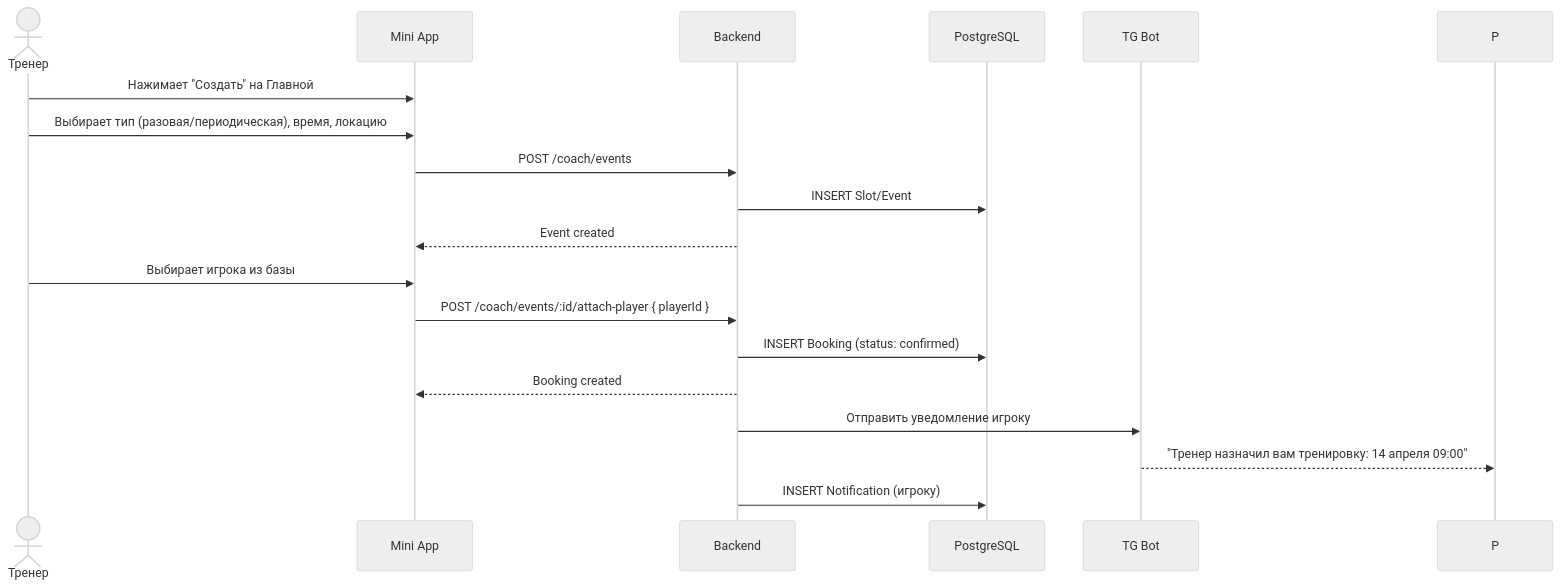
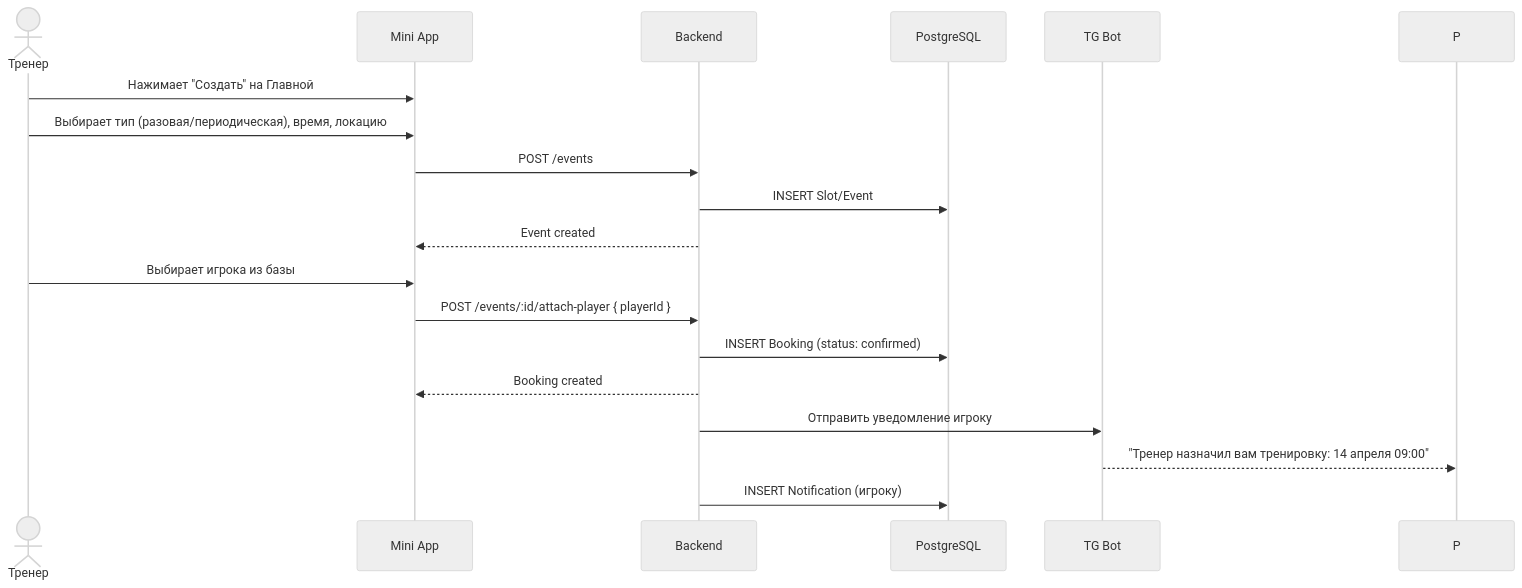
One commit to maxism/woof-tennis changed the third of 11 diagrams in docs/04-user-flows.md. Above: the diagram before and after it, drawn with Mermaid (neutral theme). The commit also changed other lines of this file and 42 other files, not shown here.

````diff
--- a/docs/04-user-flows.md
+++ b/docs/04-user-flows.md
@@ -70,23 +70,23 @@
 ```mermaid
 sequenceDiagram
     actor C as Тренер
     participant MA as Mini App
     participant API as Backend
     participant DB as PostgreSQL
     participant Bot as TG Bot
 
     C->>MA: Нажимает "Создать" на Главной
     C->>MA: Выбирает тип (разовая/периодическая), время, локацию
-    MA->>API: POST /coach/events
+    MA->>API: POST /events
     API->>DB: INSERT Slot/Event
     API-->>MA: Event created
 
     C->>MA: Выбирает игрока из базы
-    MA->>API: POST /coach/events/:id/attach-player { playerId }
+    MA->>API: POST /events/:id/attach-player { playerId }
     API->>DB: INSERT Booking (status: confirmed)
     API-->>MA: Booking created
 
     API->>Bot: Отправить уведомление игроку
     Bot-->>P: "Тренер назначил вам тренировку: 14 апреля 09:00"
     API->>DB: INSERT Notification (игроку)
 ```
````
